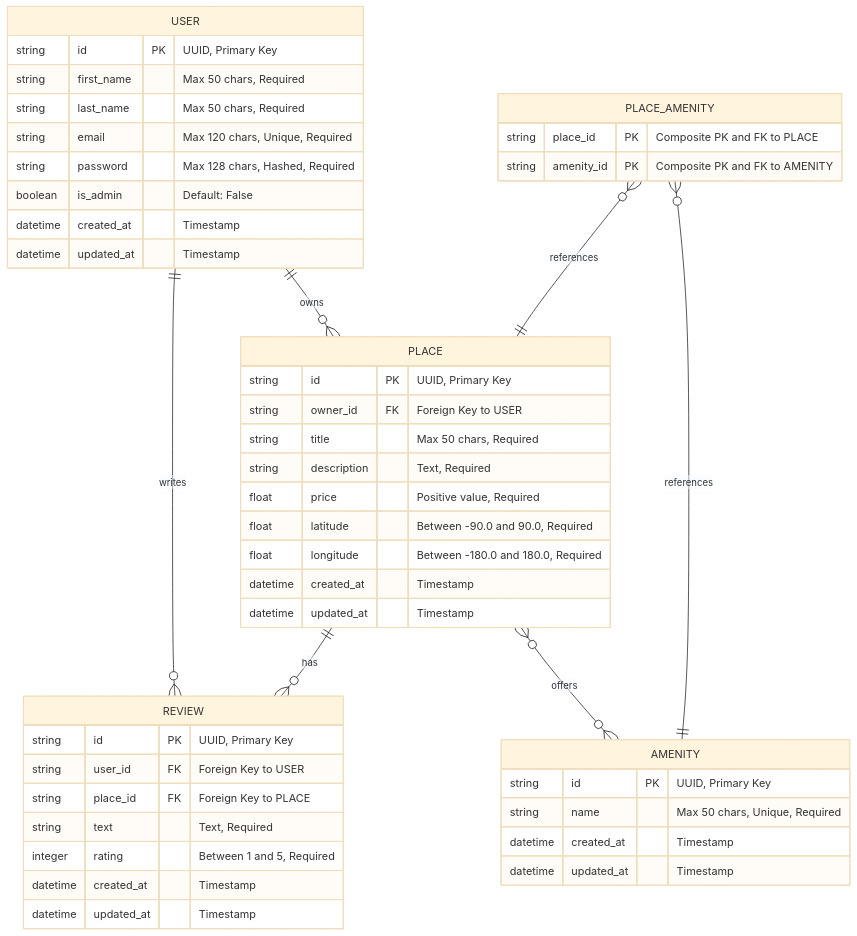
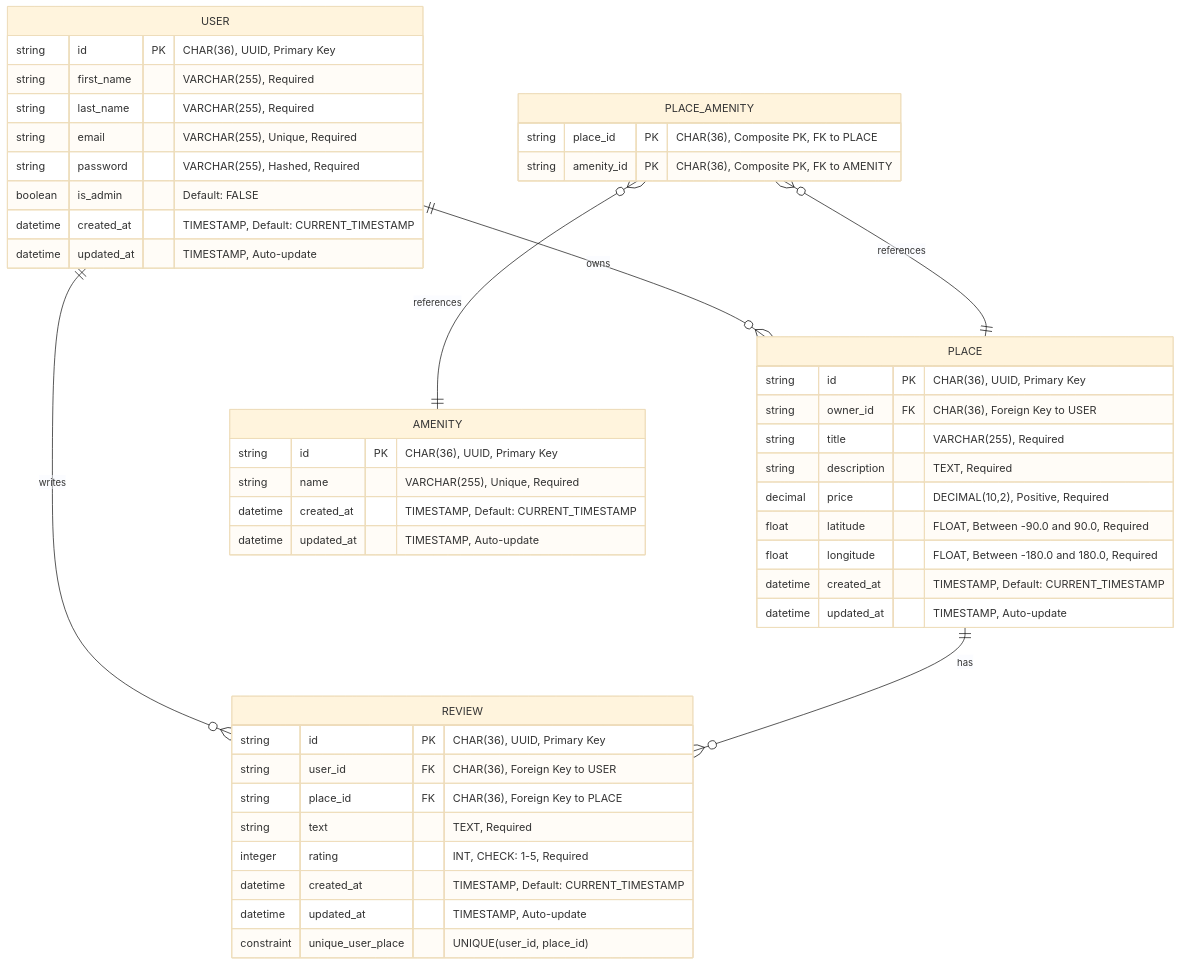
Before and after one commit to Krapaud/holbertonschool-hbnb: the diagram in part3/hbnb_database_er_diagram.mmd, drawn with Mermaid (base theme). The commit also changed 1 other file, not shown here.

Commit message:
refactor: update ReviewModel and ER diagram for consistency in attribute definitions and constraints

```diff
--- a/part3/hbnb_database_er_diagram.mmd
+++ b/part3/hbnb_database_er_diagram.mmd
@@ -1,52 +1,52 @@
 erDiagram
     USER ||--o{ PLACE : owns
     USER ||--o{ REVIEW : writes
     PLACE ||--o{ REVIEW : has
-    PLACE }o--o{ AMENITY : offers
     PLACE_AMENITY }o--|| PLACE : references
     PLACE_AMENITY }o--|| AMENITY : references
 
     USER {
-        string id PK "UUID, Primary Key"
-        string first_name "Max 50 chars, Required"
-        string last_name "Max 50 chars, Required"
-        string email "Max 120 chars, Unique, Required"
-        string password "Max 128 chars, Hashed, Required"
-        boolean is_admin "Default: False"
-        datetime created_at "Timestamp"
-        datetime updated_at "Timestamp"
+        string id PK "CHAR(36), UUID, Primary Key"
+        string first_name "VARCHAR(255), Required"
+        string last_name "VARCHAR(255), Required"
+        string email "VARCHAR(255), Unique, Required"
+        string password "VARCHAR(255), Hashed, Required"
+        boolean is_admin "Default: FALSE"
+        datetime created_at "TIMESTAMP, Default: CURRENT_TIMESTAMP"
+        datetime updated_at "TIMESTAMP, Auto-update"
     }
 
     PLACE {
-        string id PK "UUID, Primary Key"
-        string owner_id FK "Foreign Key to USER"
-        string title "Max 50 chars, Required"
-        string description "Text, Required"
-        float price "Positive value, Required"
-        float latitude "Between -90.0 and 90.0, Required"
-        float longitude "Between -180.0 and 180.0, Required"
-        datetime created_at "Timestamp"
-        datetime updated_at "Timestamp"
+        string id PK "CHAR(36), UUID, Primary Key"
+        string owner_id FK "CHAR(36), Foreign Key to USER"
+        string title "VARCHAR(255), Required"
+        string description "TEXT, Required"
+        decimal price "DECIMAL(10,2), Positive, Required"
+        float latitude "FLOAT, Between -90.0 and 90.0, Required"
+        float longitude "FLOAT, Between -180.0 and 180.0, Required"
+        datetime created_at "TIMESTAMP, Default: CURRENT_TIMESTAMP"
+        datetime updated_at "TIMESTAMP, Auto-update"
     }
 
     REVIEW {
-        string id PK "UUID, Primary Key"
-        string user_id FK "Foreign Key to USER"
-        string place_id FK "Foreign Key to PLACE"
-        string text "Text, Required"
-        integer rating "Between 1 and 5, Required"
-        datetime created_at "Timestamp"
-        datetime updated_at "Timestamp"
+        string id PK "CHAR(36), UUID, Primary Key"
+        string user_id FK "CHAR(36), Foreign Key to USER"
+        string place_id FK "CHAR(36), Foreign Key to PLACE"
+        string text "TEXT, Required"
+        integer rating "INT, CHECK: 1-5, Required"
+        datetime created_at "TIMESTAMP, Default: CURRENT_TIMESTAMP"
+        datetime updated_at "TIMESTAMP, Auto-update"
+        constraint unique_user_place "UNIQUE(user_id, place_id)"
     }
 
     AMENITY {
-        string id PK "UUID, Primary Key"
-        string name "Max 50 chars, Unique, Required"
-        datetime created_at "Timestamp"
-        datetime updated_at "Timestamp"
+        string id PK "CHAR(36), UUID, Primary Key"
+        string name "VARCHAR(255), Unique, Required"
+        datetime created_at "TIMESTAMP, Default: CURRENT_TIMESTAMP"
+        datetime updated_at "TIMESTAMP, Auto-update"
     }
 
     PLACE_AMENITY {
-        string place_id PK "Composite PK and FK to PLACE"
-        string amenity_id PK "Composite PK and FK to AMENITY"
+        string place_id PK "CHAR(36), Composite PK, FK to PLACE"
+        string amenity_id PK "CHAR(36), Composite PK, FK to AMENITY"
     }
```
